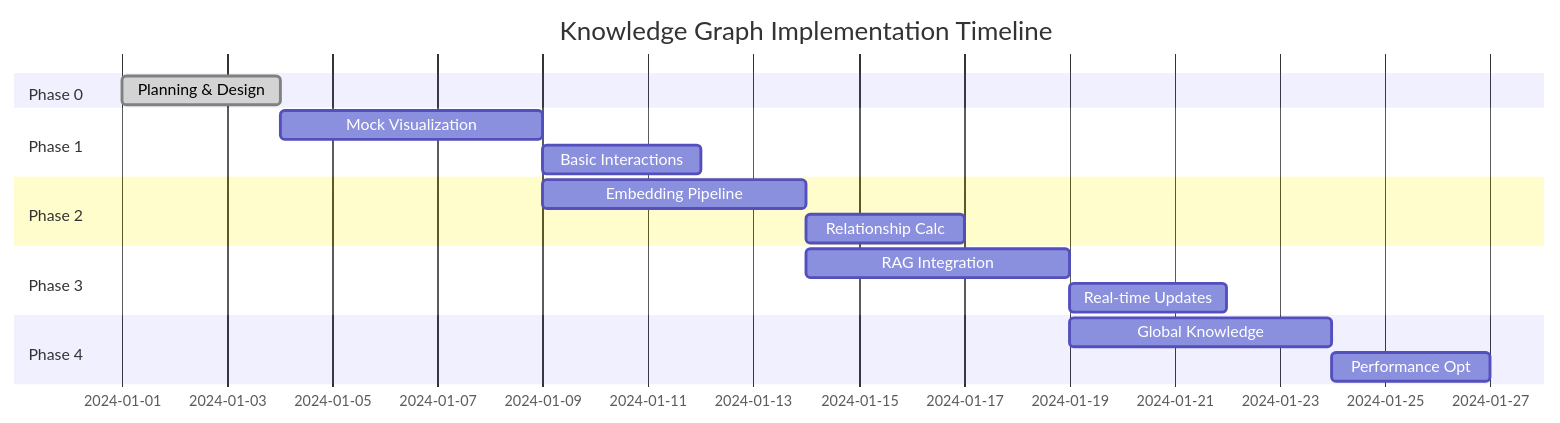
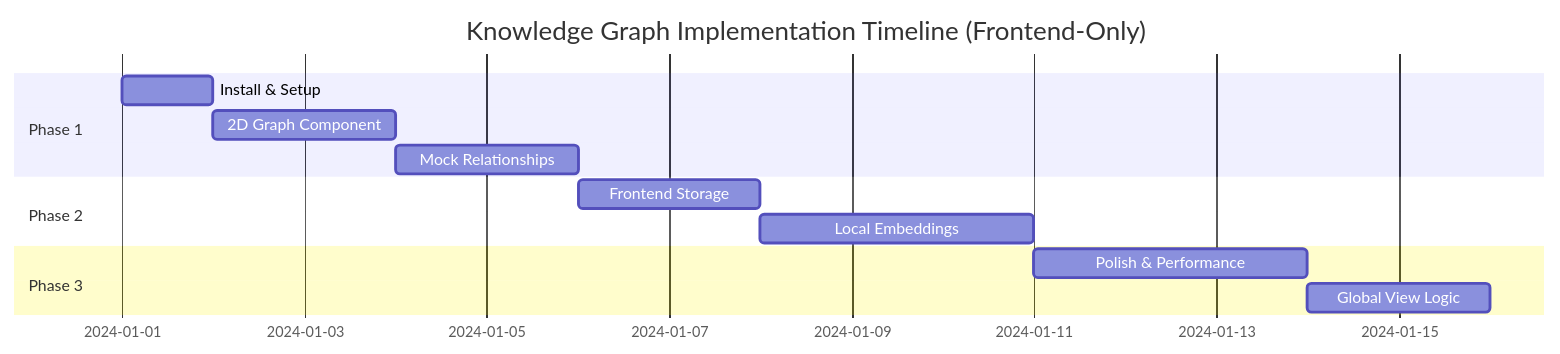
The diagram in KNOWLEDGE_GRAPH_IMPLEMENTATION_PLAN.md (solutions-engineer-auto/solutions-engineer-auto), drawn with Mermaid before and after one commit. The commit also changed other lines of this file and 27 other files, not shown here.

Commit message:
Knowledge graph pre-rag

````diff
--- a/KNOWLEDGE_GRAPH_IMPLEMENTATION_PLAN.md
+++ b/KNOWLEDGE_GRAPH_IMPLEMENTATION_PLAN.md
@@ -9,19 +39,15 @@
 ```mermaid
 gantt
-    title Knowledge Graph Implementation Timeline
+    title Knowledge Graph Implementation Timeline (Frontend-Only)
     dateFormat YYYY-MM-DD
-    section Phase 0
-    Planning & Design    :done, p0, 2024-01-01, 3d
     section Phase 1
-    Mock Visualization   :p1, after p0, 5d
-    Basic Interactions   :after p1, 3d
+    Install & Setup      :p1a, 2024-01-01, 1d
+    2D Graph Component   :p1b, after p1a, 2d
+    Mock Relationships   :p1c, after p1b, 2d
     section Phase 2
-    Embedding Pipeline   :p2, after p1, 5d
-    Relationship Calc    :after p2, 3d
+    Frontend Storage     :p2a, after p1c, 2d
+    Local Embeddings     :p2b, after p2a, 3d
     section Phase 3
-    RAG Integration      :p3, after p2, 5d
-    Real-time Updates    :after p3, 3d
-    section Phase 4
-    Global Knowledge     :p4, after p3, 5d
-    Performance Opt      :after p4, 3d
+    Polish & Performance :p3a, after p2b, 3d
+    Global View Logic    :p3b, after p3a, 2d
 ```
````
